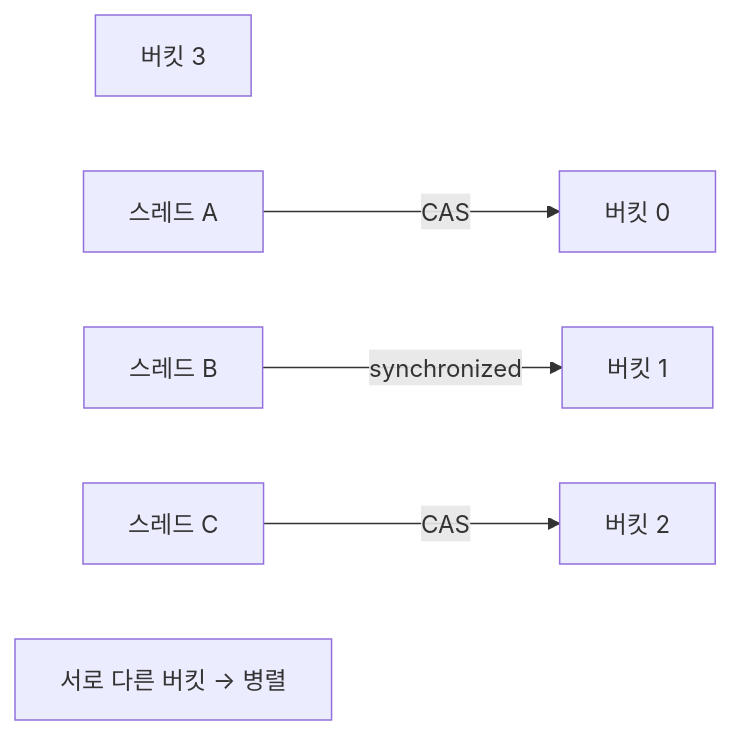
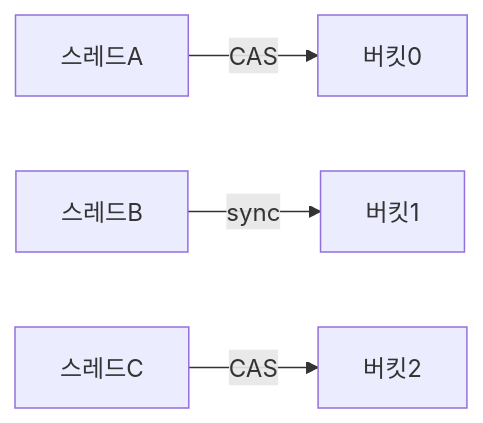
Before and after one commit to yjkim2015/yjkim2015.github.io: diagram 12 of 17 in _posts/java/2026-05-01-java-thread.md, drawn with Mermaid. The commit also changed other lines of this file and 163 other files, not shown here.

First line of the commit message:
Mermaid 300개 블록 내용 축소: 5노드 5엣지 이하, 의미 있는 약어

````diff
--- a/_posts/java/2026-05-01-java-thread.md
+++ b/_posts/java/2026-05-01-java-thread.md
@@ -1131,11 +1108,6 @@
 ```mermaid
 graph LR
-  B0["버킷 0"]
-  B1["버킷 1"]
-  B2["버킷 2"]
-  B3["버킷 3"]
-  T1["스레드 A"] -->|"CAS"| B0
-  T2["스레드 B"] -->|"synchronized"| B1
-  T3["스레드 C"] -->|"CAS"| B2
-  NOTE["서로 다른 버킷 → 병렬"]
+    T1["스레드A"] -->|CAS| B0["버킷0"]
+    T2["스레드B"] -->|sync| B1["버킷1"]
+    T3["스레드C"] -->|CAS| B2["버킷2"]
 ```
````
